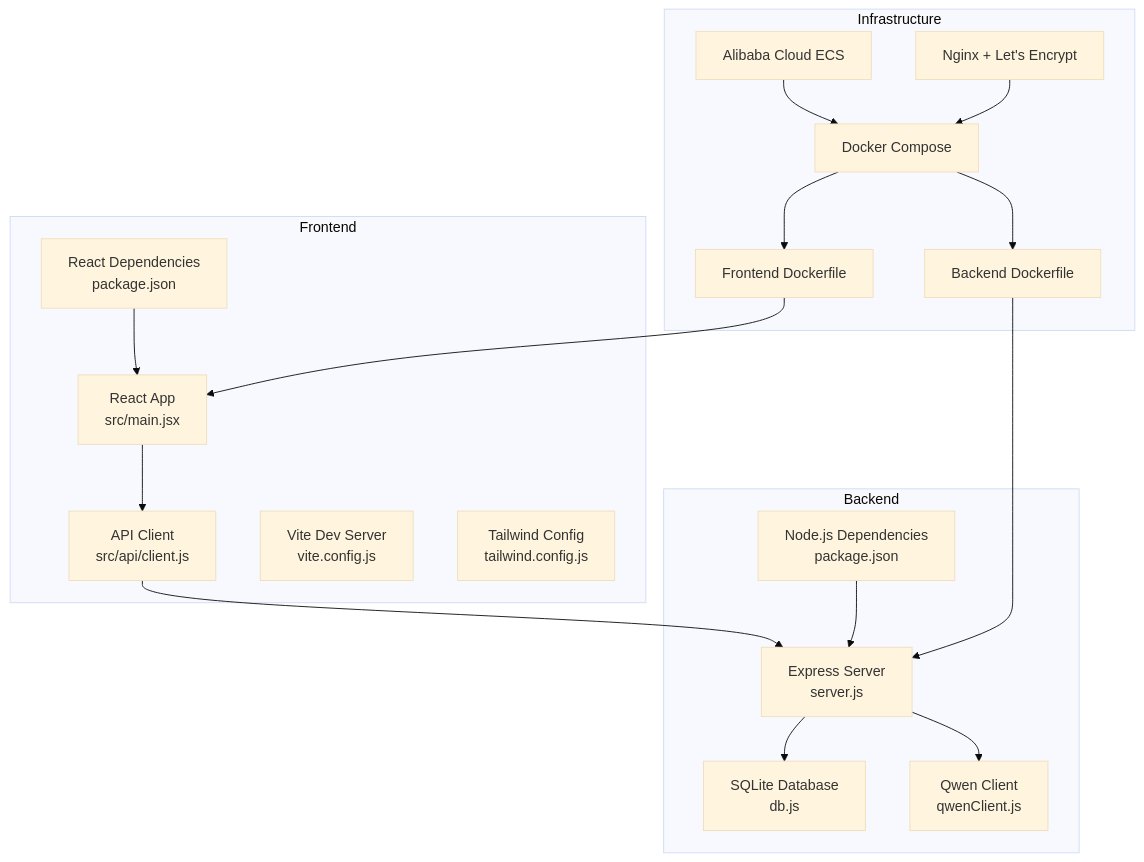
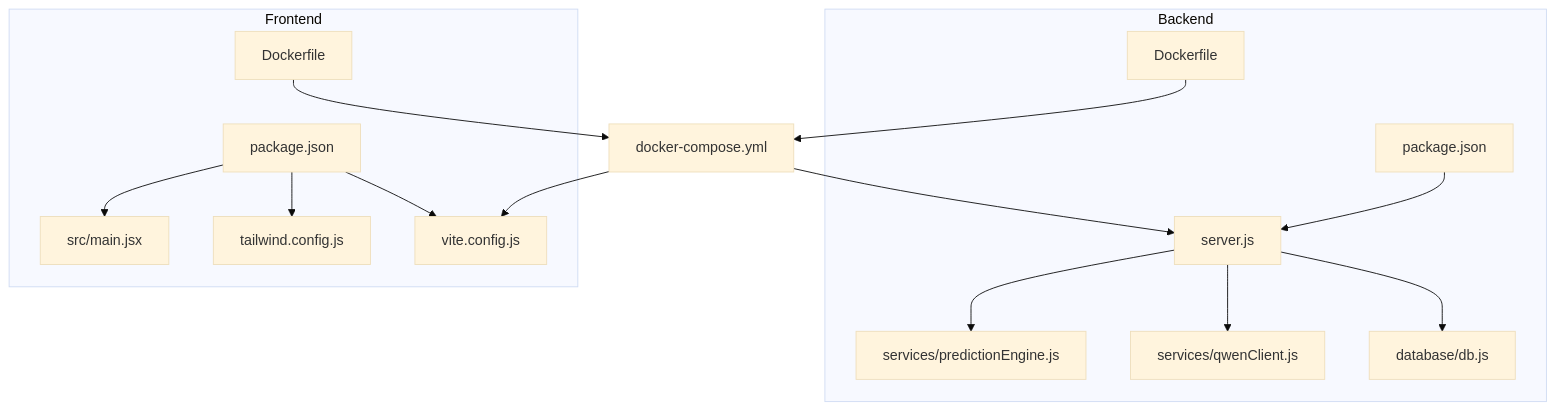
The first of 8 diagrams in .qoder/repowiki/en/content/Project Overview/Technology Stack.md (cheesiong/WC26-qwen), drawn with Mermaid (base theme) before and after one commit. The commit also changed other lines of this file and 181 other files, not shown here.

````diff
--- a/.qoder/repowiki/en/content/Project Overview/Technology Stack.md
+++ b/.qoder/repowiki/en/content/Project Overview/Technology Stack.md
@@ -43,35 +43,30 @@
 ```mermaid
 graph TB
 subgraph "Backend"
-BE_Server["Express Server<br/>server.js"]
-BE_DB["SQLite Database<br/>db.js"]
-BE_Qwen["Qwen Client<br/>qwenClient.js"]
-BE_Pkg["Node.js Dependencies<br/>package.json"]
+BE_PKG["package.json"]
+BE_SRV["server.js"]
+BE_DB["database/db.js"]
+BE_QWEN["services/qwenClient.js"]
+BE_PRED["services/predictionEngine.js"]
+BE_DOCKER["Dockerfile"]
 end
 subgraph "Frontend"
-FE_App["React App<br/>src/main.jsx"]
-FE_API["API Client<br/>src/api/client.js"]
-FE_Vite["Vite Dev Server<br/>vite.config.js"]
-FE_Tailwind["Tailwind Config<br/>tailwind.config.js"]
-FE_Pkg["React Dependencies<br/>package.json"]
+FE_PKG["package.json"]
+FE_VITE["vite.config.js"]
+FE_DOCKER["Dockerfile"]
+FE_TW["tailwind.config.js"]
+FE_MAIN["src/main.jsx"]
 end
-subgraph "Infrastructure"
-Docker_Backend["Backend Dockerfile"]
-Docker_Frontend["Frontend Dockerfile"]
-Compose["Docker Compose"]
-ECS["Alibaba Cloud ECS"]
-Nginx["Nginx + Let's Encrypt"]
-end
-FE_App --> FE_API
-FE_API --> BE_Server
-BE_Server --> BE_DB
-BE_Server --> BE_Qwen
-BE_Pkg --> BE_Server
-FE_Pkg --> FE_App
-Docker_Backend --> BE_Server
-Docker_Frontend --> FE_App
-Compose --> Docker_Backend
-Compose --> Docker_Frontend
-ECS --> Compose
-Nginx --> Compose
+DC["docker-compose.yml"]
+BE_PKG --> BE_SRV
+BE_SRV --> BE_DB
+BE_SRV --> BE_QWEN
+BE_SRV --> BE_PRED
+BE_DOCKER --> DC
+FE_PKG --> FE_VITE
+FE_PKG --> FE_TW
+FE_PKG --> FE_MAIN
+FE_DOCKER --> DC
+DC --> BE_SRV
+DC --> FE_VITE
 ```
````
